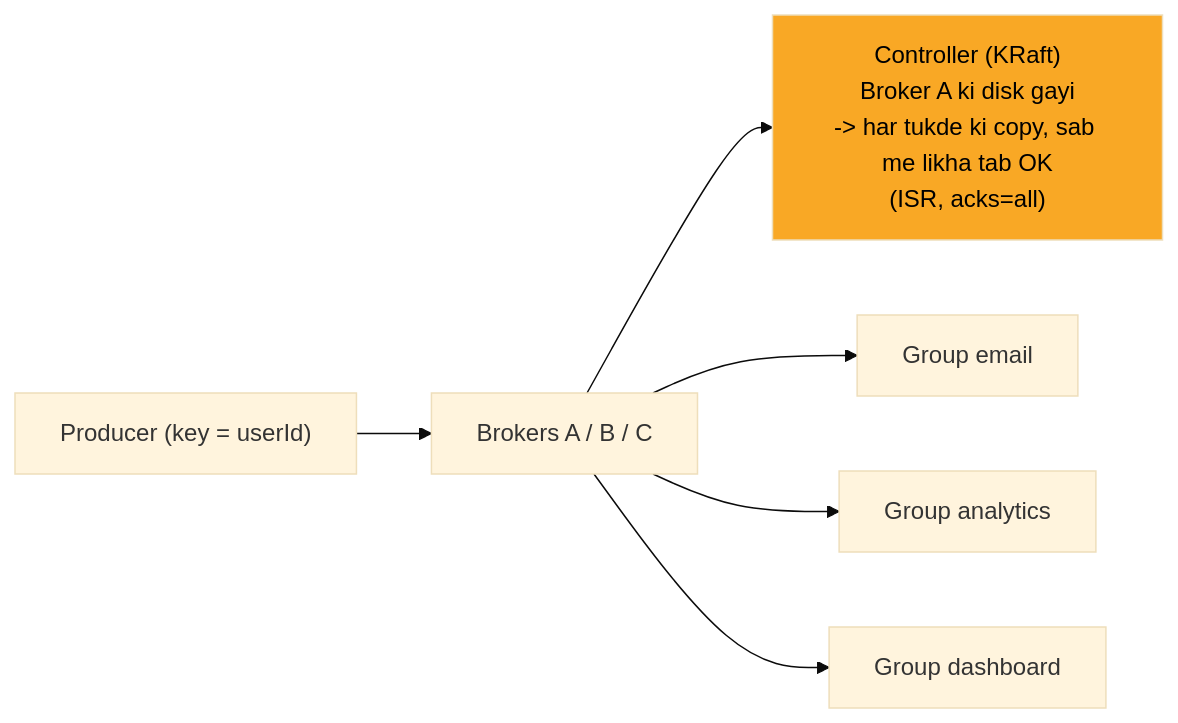
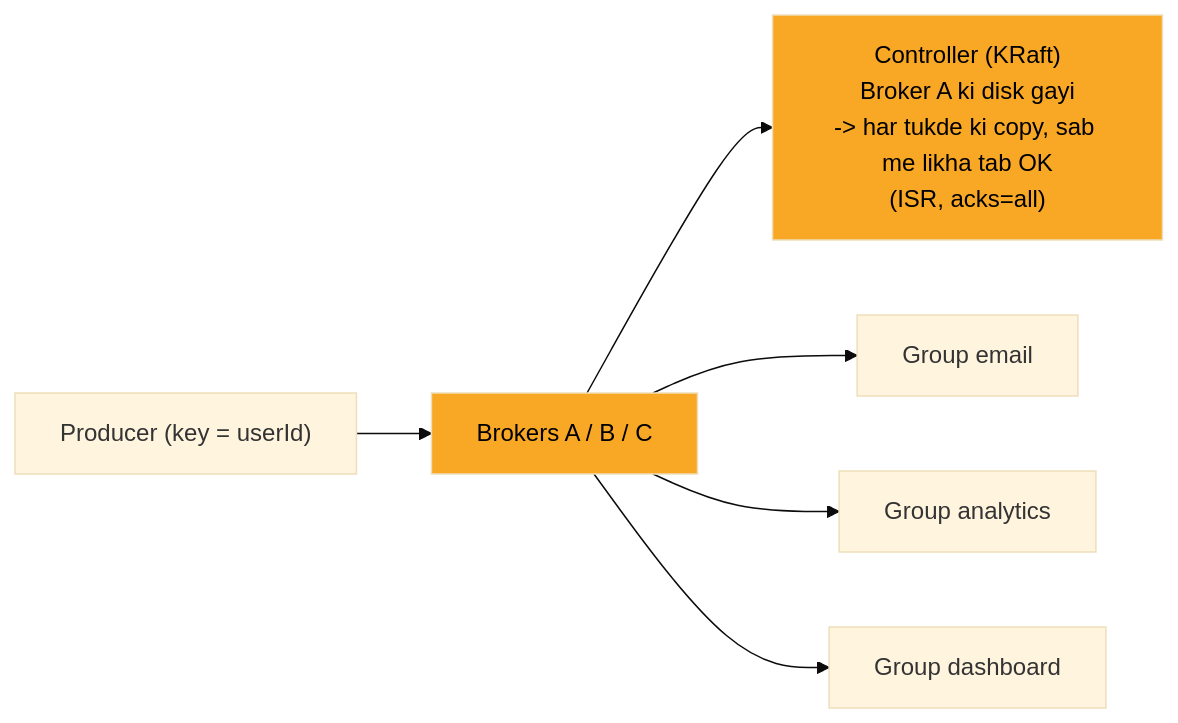
The seventh of 12 diagrams in 04_HLD/SYSTEM_DESIGNS/12_message_queue_kafka/12_message_queue_kafka.md (ArpanMaheshwari144/Prep), drawn with Mermaid (base theme) before and after one commit. The commit also changed other lines of this file and 10 other files, not shown here.

````diff
--- a/04_HLD/SYSTEM_DESIGNS/12_message_queue_kafka/12_message_queue_kafka.md
+++ b/04_HLD/SYSTEM_DESIGNS/12_message_queue_kafka/12_message_queue_kafka.md
@@ -218,15 +218,16 @@
 ```mermaid
 flowchart LR
     n_P["Producer (key = userId)"]
     n_B["Brokers A / B / C"]
     n_K["Controller (KRaft)<br/>Broker A ki disk gayi<br/>-> har tukde ki copy, sab me likha tab OK<br/>(ISR, acks=all)"]
     n_GE["Group email"]
     n_GA["Group analytics"]
     n_GD["Group dashboard"]
     n_P --> n_B
     n_B --> n_K
     n_B --> n_GE
     n_B --> n_GA
     n_B --> n_GD
     style n_K fill:#f9a825,color:#000
+    style n_B fill:#f9a825,color:#000
 ```
````
